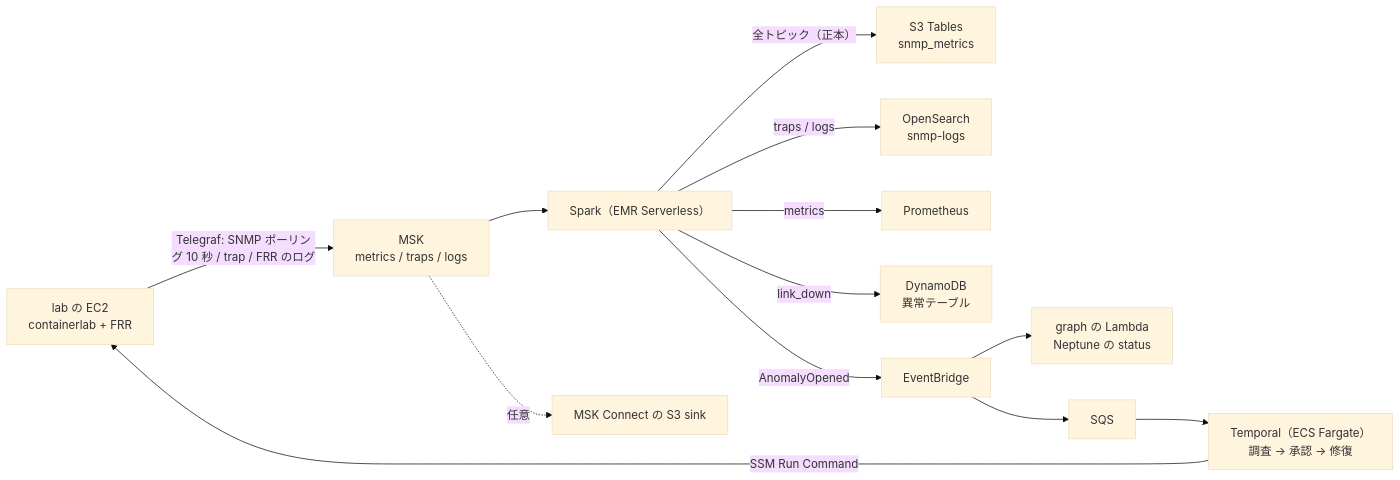
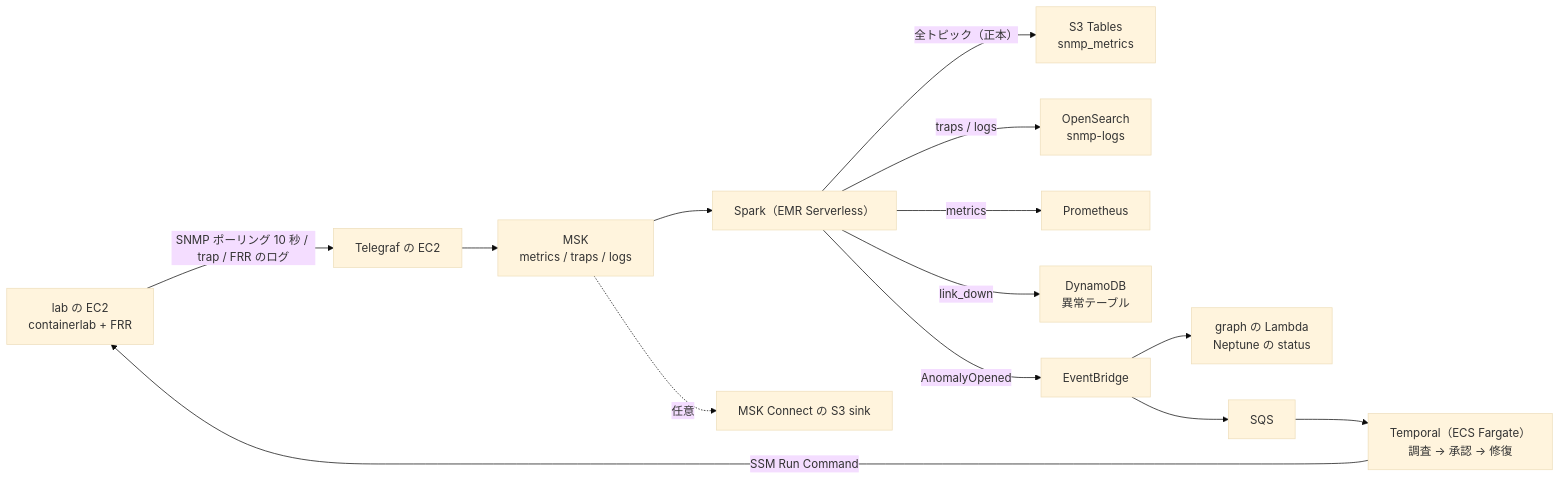
The second of 2 diagrams in docs/architecture.md (eddie-eights/cf-netops-sandbox), drawn with Mermaid (base theme) before and after one commit. The commit also changed other lines of this file and 42 other files, not shown here.

First line of the commit message:
containerlab と Telegraf の EC2 を分け、up.sh の Web 起動確認を直す

````diff
--- a/docs/architecture.md
+++ b/docs/architecture.md
@@ -25,14 +25,14 @@
 ```mermaid
 flowchart LR
-  LAB["lab の EC2<br/>containerlab + FRR"] -->|"Telegraf: SNMP ポーリング 10 秒 / trap / FRR のログ"| MSK["MSK<br/>metrics / traps / logs"]
+  LAB["lab の EC2<br/>containerlab + FRR"] -->|"SNMP ポーリング 10 秒 / trap / FRR のログ"| TG["Telegraf の EC2"] --> MSK["MSK<br/>metrics / traps / logs"]
   MSK --> SPARK["Spark（EMR Serverless）"]
   MSK -.->|"任意"| S3SINK["MSK Connect の S3 sink"]
   SPARK -->|"全トピック（正本）"| ICE["S3 Tables<br/>snmp_metrics"]
   SPARK -->|"traps / logs"| OS["OpenSearch<br/>snmp-logs"]
   SPARK -->|"metrics"| PROM["Prometheus"]
   SPARK -->|"link_down"| DDB["DynamoDB<br/>異常テーブル"]
   SPARK -->|"AnomalyOpened"| EB["EventBridge"]
   EB --> GL["graph の Lambda<br/>Neptune の status"]
   EB --> SQS["SQS"] --> WF["Temporal（ECS Fargate）<br/>調査 → 承認 → 修復"]
   WF -->|"SSM Run Command"| LAB
 ```
````
